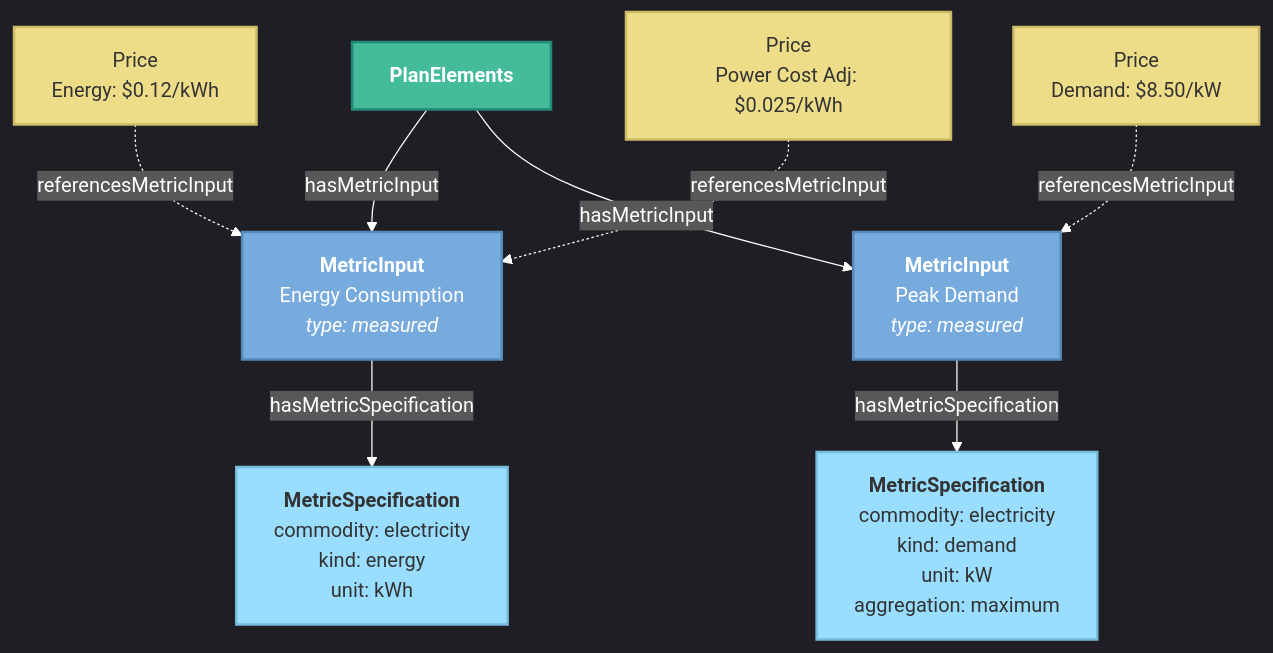
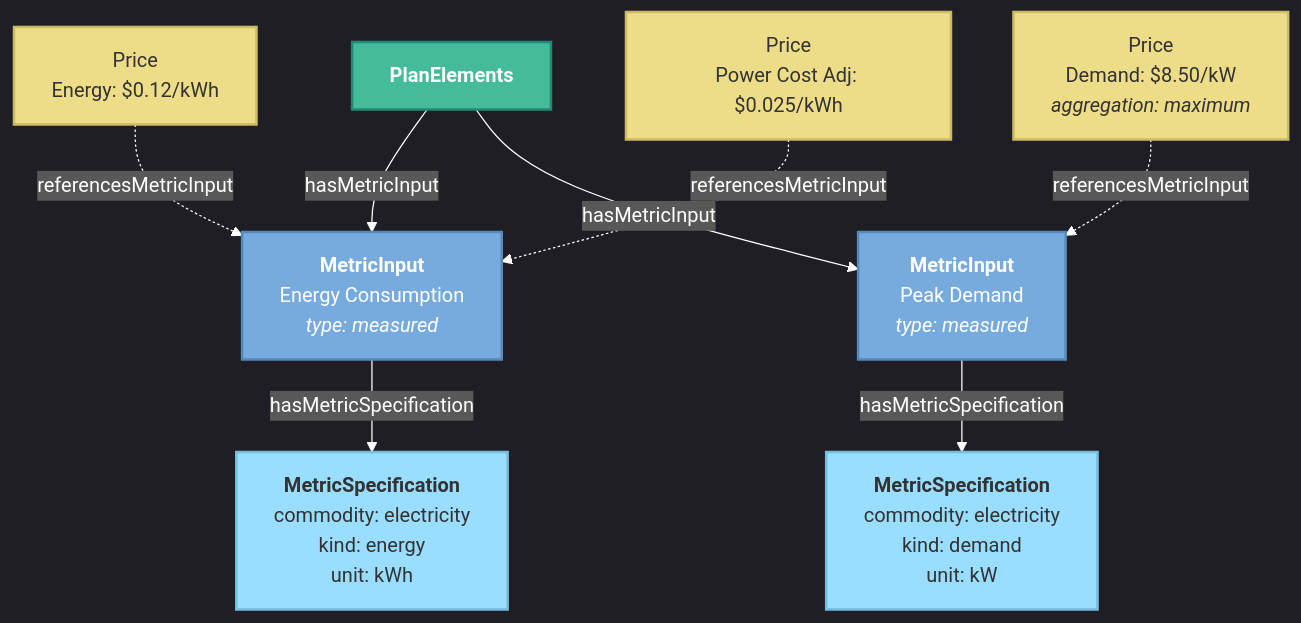
The third of 5 diagrams in documentation/pages/urpx-tutorial.md (urpx-org/urpx), drawn with Mermaid before and after one commit. The commit also changed other lines of this file and 12 other files, not shown here.

````diff
--- a/documentation/pages/urpx-tutorial.md
+++ b/documentation/pages/urpx-tutorial.md
@@ -382,35 +414,35 @@
 ```mermaid
 %%{init: {'theme':'dark', 'themeVariables': { 'darkMode':'true', 'background':'#000000', 'primaryColor':'#77AADD', 'primaryTextColor':'#ffffff', 'primaryBorderColor':'#5588BB', 'lineColor':'#ffffff', 'secondaryColor':'#44BB99', 'tertiaryColor':'#EE8866', 'textColor':'#ffffff', 'nodeTextColor':'#ffffff'}}}%%
 
 graph TB
     PE["<b>PlanElements</b>"]
 
     MI1["<b>MetricInput</b><br/>Energy Consumption<br/><i>type: measured</i>"]
     MI2["<b>MetricInput</b><br/>Peak Demand<br/><i>type: measured</i>"]
 
     MS1["<b>MetricSpecification</b><br/>commodity: electricity<br/>kind: energy<br/>unit: kWh"]
-    MS2["<b>MetricSpecification</b><br/>commodity: electricity<br/>kind: demand<br/>unit: kW<br/>aggregation: maximum"]
+    MS2["<b>MetricSpecification</b><br/>commodity: electricity<br/>kind: demand<br/>unit: kW"]
 
     P1["Price<br/>Energy: $0.12/kWh"]
-    P2["Price<br/>Demand: $8.50/kW"]
+    P2["Price<br/>Demand: $8.50/kW<br/><i>aggregation: maximum</i>"]
     P3["Price<br/>Power Cost Adj: $0.025/kWh"]
 
     PE -->|"hasMetricInput"| MI1
     PE -->|"hasMetricInput"| MI2
     MI1 -->|"hasMetricSpecification"| MS1
     MI2 -->|"hasMetricSpecification"| MS2
 
     P1 -.->|"referencesMetricInput"| MI1
     P3 -.->|"referencesMetricInput"| MI1
     P2 -.->|"referencesMetricInput"| MI2
 
     classDef elemClass fill:#44BB99,stroke:#228877,stroke-width:2px,color:#fff
     classDef metricClass fill:#77AADD,stroke:#5588BB,stroke-width:2px,color:#fff
     classDef specClass fill:#99DDFF,stroke:#77BBDD,stroke-width:2px,color:#333
     classDef priceClass fill:#EEDD88,stroke:#CCBB66,stroke-width:2px,color:#333
 
     class PE elemClass
     class MI1,MI2 metricClass
     class MS1,MS2 specClass
     class P1,P2,P3 priceClass
 ```
````
